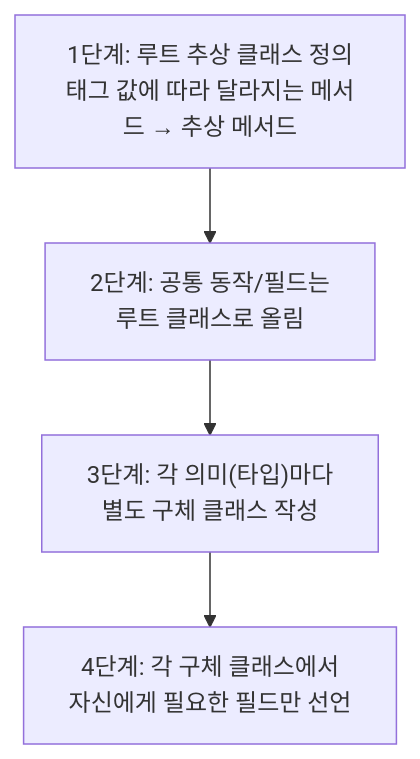
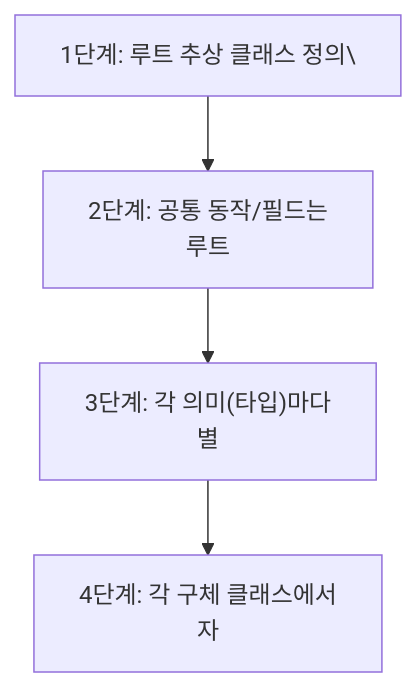
The second of 4 diagrams in _posts/java/2022-01-04-effective-java23.md (yjkim2015/yjkim2015.github.io), drawn with Mermaid before and after one commit. The commit also changed other lines of this file and 271 other files, not shown here.

First line of the commit message:
Mermaid 라벨 축소: 긴 노드 텍스트 18자 이하로 트림 + \n 제거

````diff
--- a/_posts/java/2022-01-04-effective-java23.md
+++ b/_posts/java/2022-01-04-effective-java23.md
@@ -85,6 +85,6 @@
 ```mermaid
 graph TD
-    A["1단계: 루트 추상 클래스 정의\n태그 값에 따라 달라지는 메서드 → 추상 메서드"] --> B["2단계: 공통 동작/필드는\n루트 클래스로 올림"]
-    B --> C["3단계: 각 의미(타입)마다\n별도 구체 클래스 작성"]
-    C --> D["4단계: 각 구체 클래스에서\n자신에게 필요한 필드만 선언"]
+    A["1단계: 루트 추상 클래스 정의\"] --> B["2단계: 공통 동작/필드는\n루트"]
+    B --> C["3단계: 각 의미(타입)마다\n별"]
+    C --> D["4단계: 각 구체 클래스에서\n자"]
 ```
````
